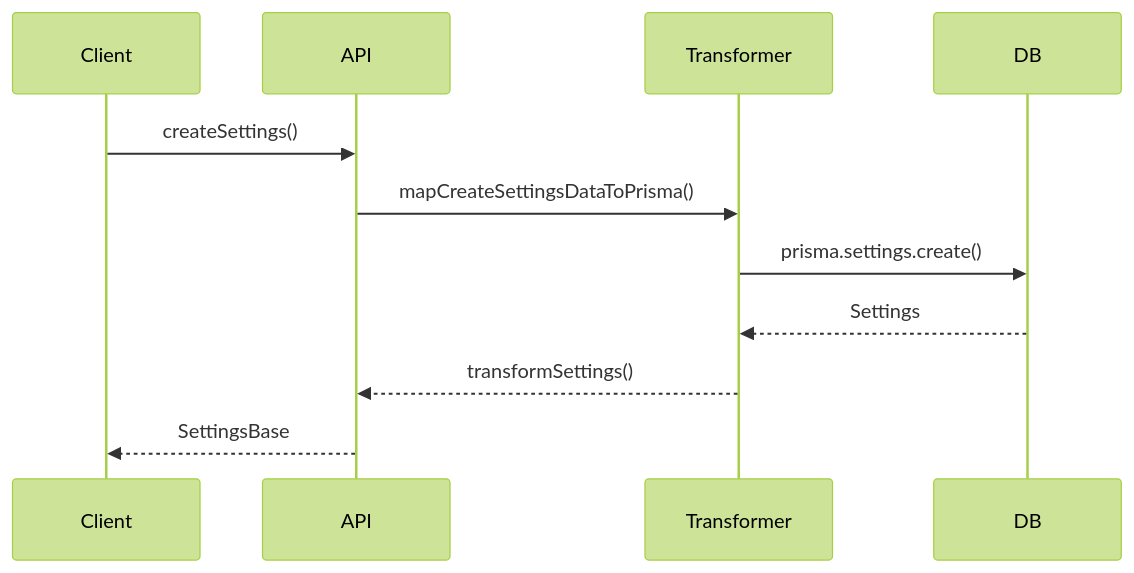
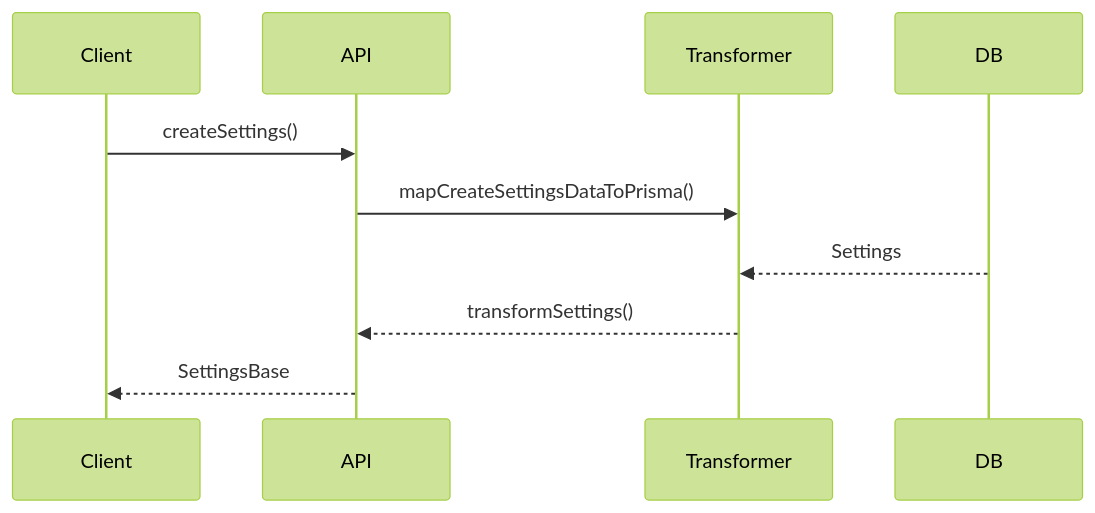
One commit to gvastethecreator/media-manager changed the second of 2 diagrams in src/types/ui/documentation.md. Above: the diagram before and after it, drawn with Mermaid (forest theme). The commit also changed 176 other files, not shown here.

````diff
--- a/src/types/ui/documentation.md
+++ b/src/types/ui/documentation.md
@@ -69,13 +69,13 @@
 ```mermaid
 sequenceDiagram
     participant Client
     participant API
     participant Transformer
     participant DB
     Client->>API: createSettings()
     API->>Transformer: mapCreateSettingsDataToPrisma()
-    Transformer->>DB: prisma.settings.create()
+    
     DB-->>Transformer: Settings
     Transformer-->>API: transformSettings()
     API-->>Client: SettingsBase
 ```
````
